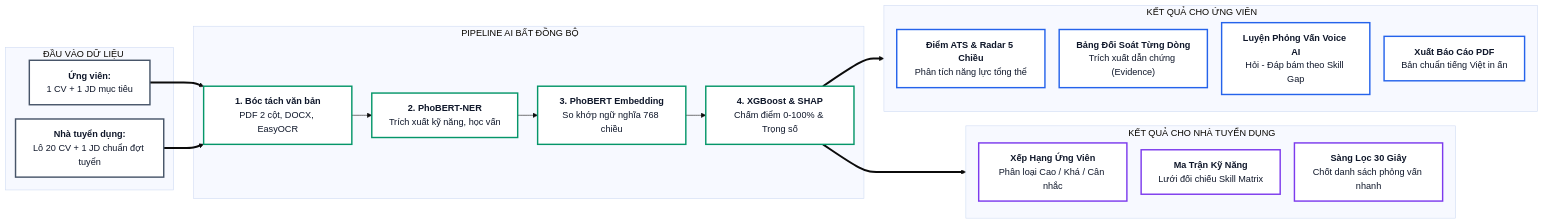
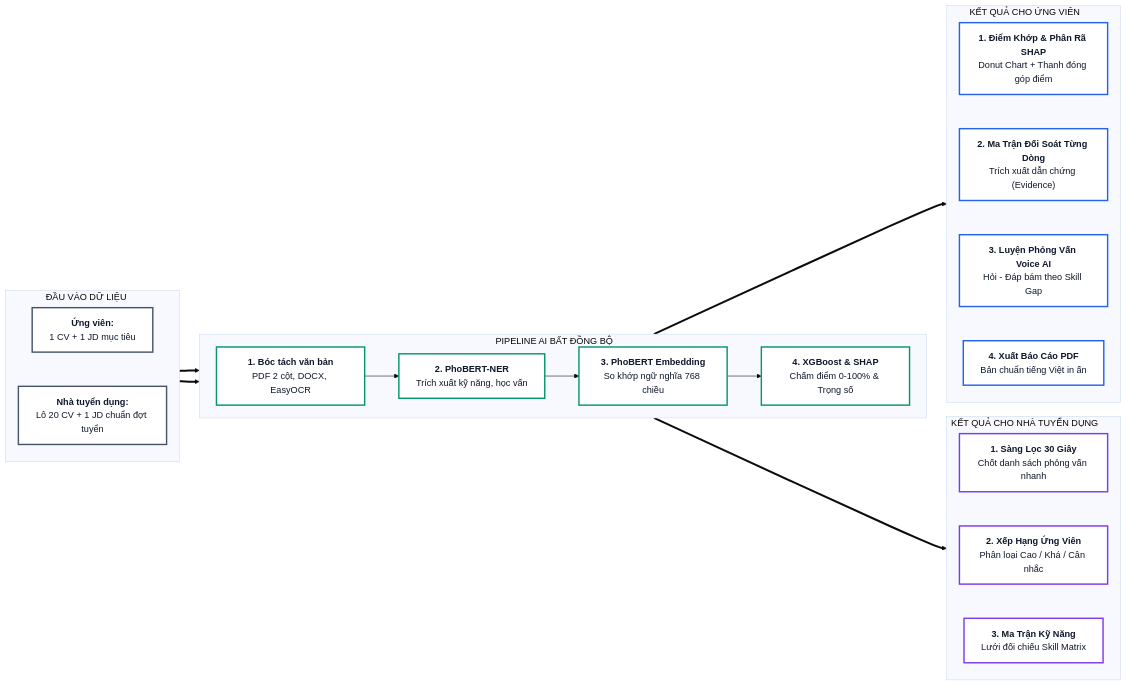
The diagram in so_do_mermaid_luong_du_lieu.mmd (herSummer39/cv_hang_bao_tien), drawn with Mermaid before and after one commit. The commit also changed 5 other files, not shown here.

```diff
--- a/so_do_mermaid_luong_du_lieu.mmd
+++ b/so_do_mermaid_luong_du_lieu.mmd
@@ -1,55 +1,68 @@
 %%{init: {'theme': 'base', 'flowchart': {'htmlLabels': true, 'curve': 'basis', 'nodeSpacing': 25, 'rankSpacing': 35}}}%%
 %% ====================================================================
-%% SƠ ĐỒ 2: LUỒNG DỮ LIỆU ĐỐI SOÁT 2 CHIỀU (BẢN TỐI ƯU KHÔNG BỊ MẤT CHỮ)
-%% Khắc phục triệt để lỗi Mermaid cắt xén ký tự tiếng Việt và tiêu đề
+%% SƠ ĐỒ 2: LUỒNG DỮ LIỆU ĐỐI SOÁT 2 CHIỀU (CAREERFIT AI PIPELINE)
+%% ĐÃ KHÓA CỨNG THỨ TỰ THẢ XUỐNG CHUẨN 1 -> 2 -> 3 -> 4
 %% ====================================================================
 
 flowchart LR
     %% INPUT
     subgraph INPUT ["ĐẦU VÀO DỮ LIỆU &nbsp;&nbsp;&nbsp;&nbsp;"]
+        direction TB
         CV_USER["<b>Ứng viên:</b><br/>1 CV + 1 JD mục tiêu"]
         CV_BATCH["<b>Nhà tuyển dụng:</b><br/>Lô 20 CV + 1 JD chuẩn đợt tuyển"]
+        
+        CV_USER ~~~ CV_BATCH
     end
 
     %% AI PIPELINE
     subgraph ENGINE ["PIPELINE AI BẤT ĐỒNG BỘ &nbsp;&nbsp;&nbsp;&nbsp;&nbsp;&nbsp;"]
+        direction LR
         P1["<b>1. Bóc tách văn bản</b><br/>PDF 2 cột, DOCX, EasyOCR"]
         P2["<b>2. PhoBERT-NER</b><br/>Trích xuất kỹ năng, học vấn"]
         P3["<b>3. PhoBERT Embedding</b><br/>So khớp ngữ nghĩa 768 chiều"]
         P4["<b>4. XGBoost & SHAP</b><br/>Chấm điểm 0-100% & Trọng số"]
         
         P1 --> P2 --> P3 --> P4
     end
 
-    %% OUTPUT CANDIDATE
+    %% OUTPUT CANDIDATE (KHÓA CỨNG THỨ TỰ TỪ TRÊN XUỐNG 1 -> 2 -> 3 -> 4)
     subgraph OUT_USER ["KẾT QUẢ CHO ỨNG VIÊN &nbsp;&nbsp;&nbsp;&nbsp;&nbsp;&nbsp;"]
-        R1["<b>Điểm ATS & Radar 5 Chiều</b><br/>Phân tích năng lực tổng thể"]
-        R2["<b>Bảng Đối Soát Từng Dòng</b><br/>Trích xuất dẫn chứng (Evidence)"]
-        R3["<b>Luyện Phỏng Vấn Voice AI</b><br/>Hỏi - Đáp bám theo Skill Gap"]
-        R4["<b>Xuất Báo Cáo PDF</b><br/>Bản chuẩn tiếng Việt in ấn"]
+        direction TB
+        R1["<b>1. Điểm Khớp & Phân Rã SHAP</b><br/>Donut Chart + Thanh đóng góp điểm"]
+        R2["<b>2. Ma Trận Đối Soát Từng Dòng</b><br/>Trích xuất dẫn chứng (Evidence)"]
+        R3["<b>3. Luyện Phỏng Vấn Voice AI</b><br/>Hỏi - Đáp bám theo Skill Gap"]
+        R4["<b>4. Xuất Báo Cáo PDF</b><br/>Bản chuẩn tiếng Việt in ấn"]
+
+        R1 ~~~ R2
+        R2 ~~~ R3
+        R3 ~~~ R4
     end
 
-    %% OUTPUT HR
+    %% OUTPUT HR (KHÓA CỨNG THỨ TỰ TỪ TRÊN XUỐNG 1 -> 2 -> 3)
     subgraph OUT_HR ["KẾT QUẢ CHO NHÀ TUYỂN DỤNG &nbsp;&nbsp;&nbsp;&nbsp;&nbsp;&nbsp;"]
-        H1["<b>Xếp Hạng Ứng Viên</b><br/>Phân loại Cao / Khá / Cân nhắc"]
-        H2["<b>Ma Trận Kỹ Năng</b><br/>Lưới đối chiếu Skill Matrix"]
-        H3["<b>Sàng Lọc 30 Giây</b><br/>Chốt danh sách phỏng vấn nhanh"]
+        direction TB
+        H1["<b>1. Sàng Lọc 30 Giây</b><br/>Chốt danh sách phỏng vấn nhanh"]
+        H2["<b>2. Xếp Hạng Ứng Viên</b><br/>Phân loại Cao / Khá / Cân nhắc"]
+        H3["<b>3. Ma Trận Kỹ Năng</b><br/>Lưới đối chiếu Skill Matrix"]
+
+        H1 ~~~ H2
+        H2 ~~~ H3
     end
 
     %% LIÊN KẾT
     CV_USER ==> P1
     CV_BATCH ==> P1
 
     P4 ==> OUT_USER
     P4 ==> OUT_HR
 
     %% CẤU HÌNH HIGH CONTRAST (NỀN TRẮNG, VIỀN MÀU RÕ, CHỮ ĐEN THAN ĐẬM)
     classDef inStyle fill:#ffffff,stroke:#475569,stroke-width:2.5px,color:#0f172a;
     classDef engineStyle fill:#ffffff,stroke:#059669,stroke-width:2.5px,color:#0f172a;
     classDef userStyle fill:#ffffff,stroke:#2563eb,stroke-width:2.5px,color:#0f172a;
     classDef hrStyle fill:#ffffff,stroke:#7c3aed,stroke-width:2.5px,color:#0f172a;
 
     class CV_USER,CV_BATCH inStyle;
     class P1,P2,P3,P4 engineStyle;
     class R1,R2,R3,R4 userStyle;
     class H1,H2,H3 hrStyle;
```
